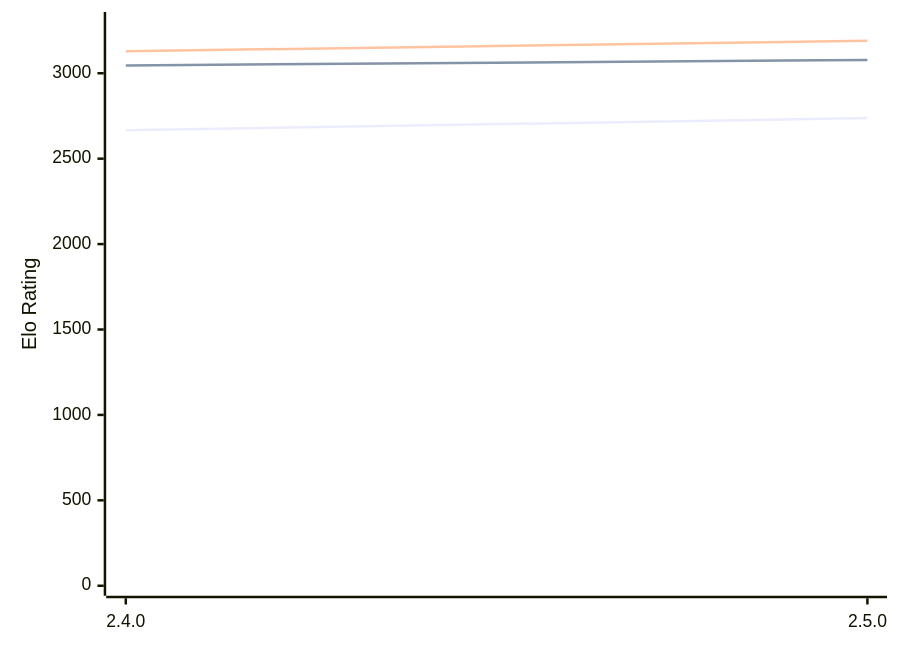
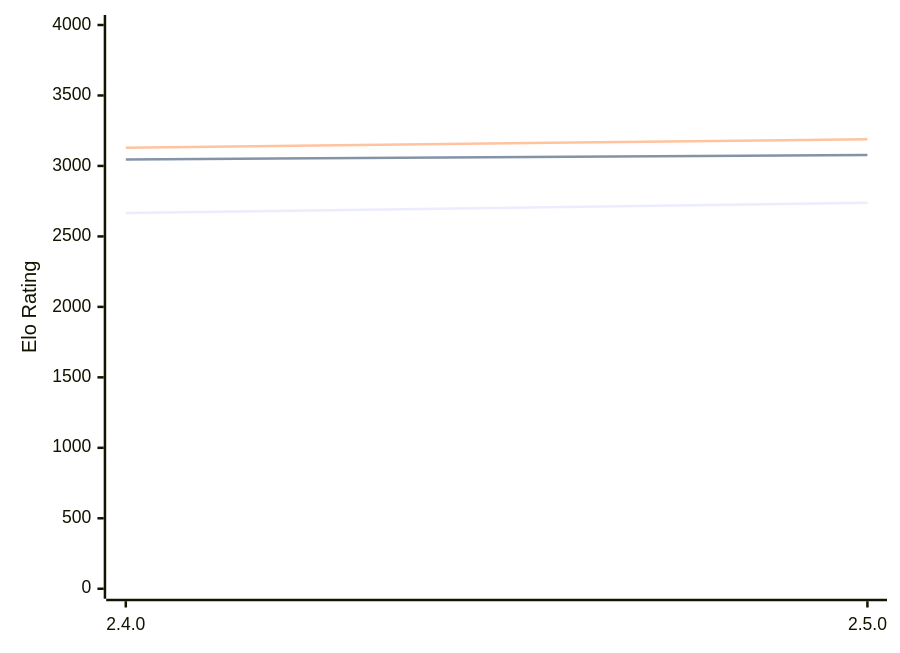
The diagram in engines/Sturddle2.md (computer-chess-index/cci), drawn with Mermaid before and after one commit. The commit also changed other lines of this file, not shown here.

Commit message:
Update CCI Ratings (ELO VLTC) - 2026-02-10

````diff
--- a/engines/Sturddle2.md
+++ b/engines/Sturddle2.md
@@ -34,9 +34,9 @@
 ```mermaid
 %%{init: {"theme":"base","themeVariables":{"seriesColors:['#a3a3a3','#222221','#faa371']}}}%%
 xychart-beta
   x-axis ["2.4.0", "2.5.0"]
-  y-axis "Elo Rating" 0 --> 3300
+  y-axis "Elo Rating" 0 --> 4000
   line "STC (8.0+0.08s)" [2666, 2738]
   line "LTC (60.0+0.60s)" [3046, 3078]
   line "VLTC (2m24s+1.12s)" [3129, 3190]
 ```
````
